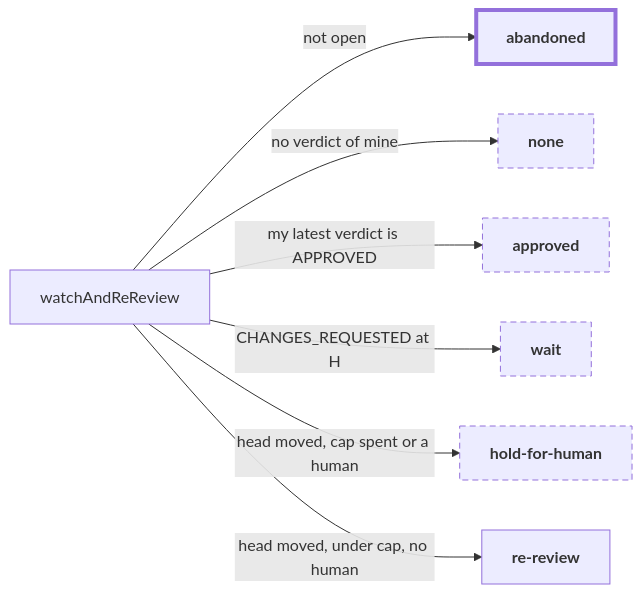
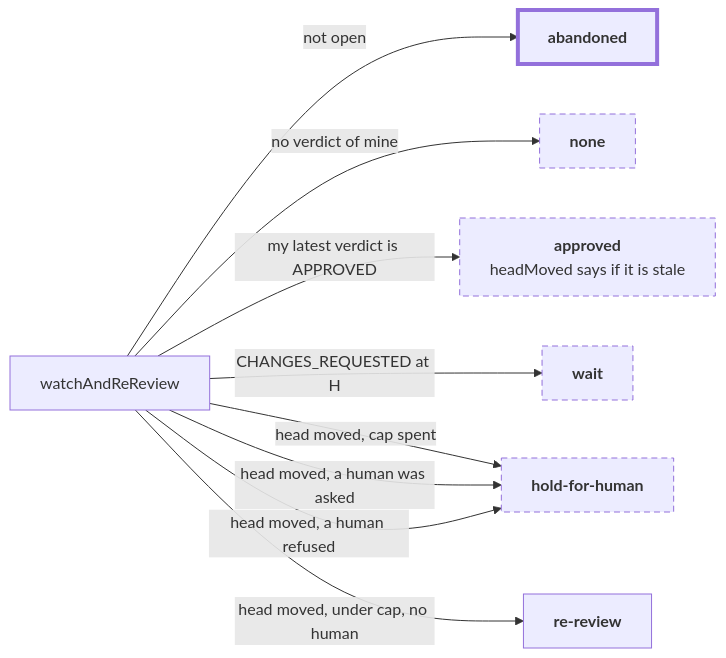
The seventh of 11 diagrams in docs/how-it-works.md (input-output-hk/agent-peer-review), drawn with Mermaid before and after one commit. The commit also changed other lines of this file and 21 other files, not shown here.

````diff
--- a/docs/how-it-works.md
+++ b/docs/how-it-works.md
@@ -346,15 +349,17 @@
 ```mermaid
 flowchart LR
   W0["watchAndReReview"]
   W0 -->|"not open"| W1["<b>abandoned</b>"]
   W0 -->|"no verdict of mine"| W2["<b>none</b>"]
-  W0 -->|"my latest verdict is APPROVED"| W3["<b>approved</b>"]
+  W0 -->|"my latest verdict is APPROVED"| W3["<b>approved</b><br/>headMoved says if it is stale"]
   W0 -->|"CHANGES_REQUESTED at H"| W4["<b>wait</b>"]
-  W0 -->|"head moved, cap spent or a human"| W5["<b>hold-for-human</b>"]
+  W0 -->|"head moved, cap spent"| W5["<b>hold-for-human</b>"]
+  W0 -->|"head moved, a human was asked"| W5
+  W0 -->|"head moved, a human refused"| W5
   W0 -->|"head moved, under cap, no human"| W6["<b>re-review</b>"]
 
   class W1 terminal
   class W2,W3,W4,W5 pending
   classDef terminal stroke-width:4px
   classDef pending stroke-dasharray: 6 4
 ```
````
